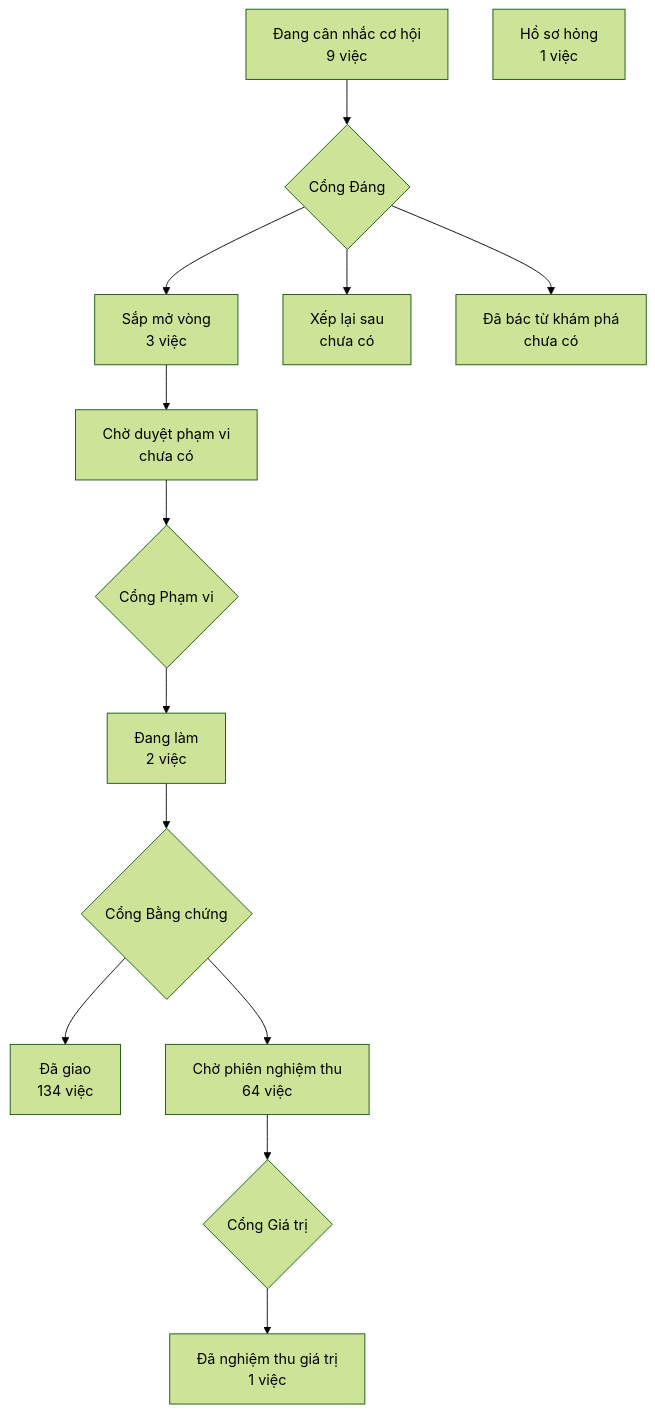
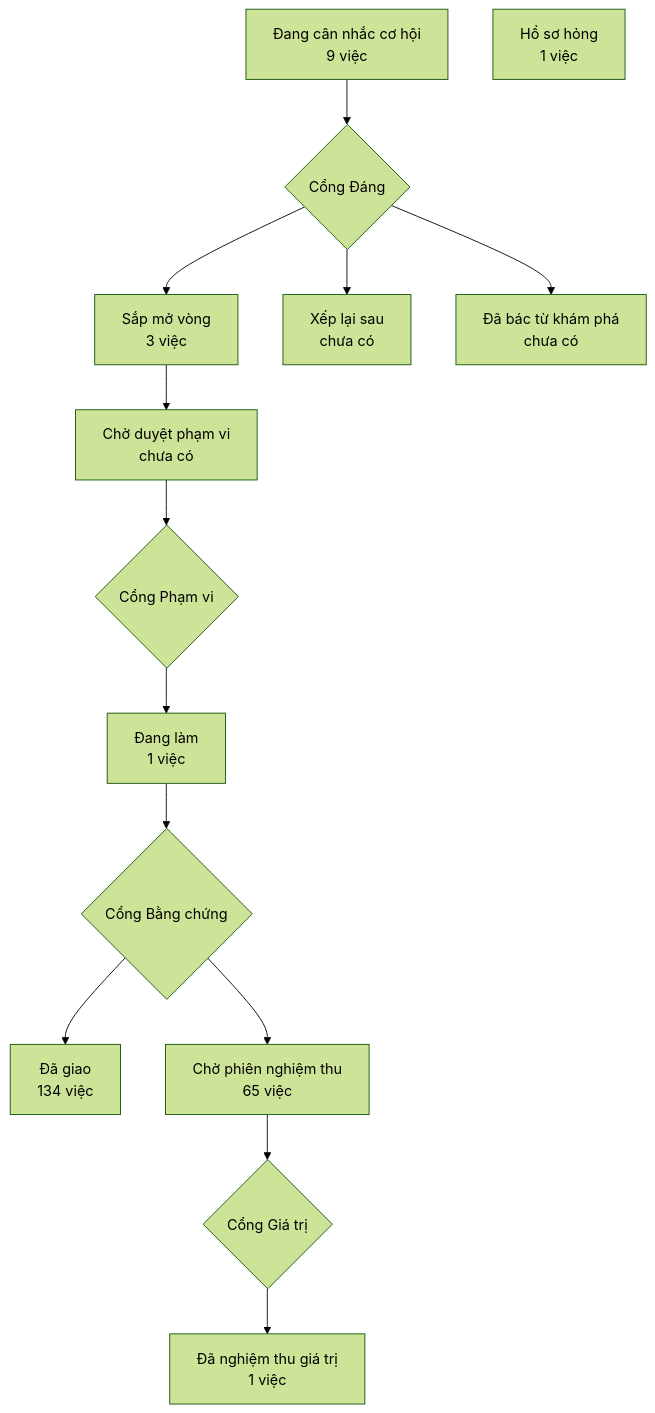
One commit to phanlemanh/crm-onehub changed the diagram in PRODUCT-MAP.md. Above: the diagram before and after it, drawn with Mermaid (forest theme). The commit also changed 4 other files, not shown here.

````diff
--- a/PRODUCT-MAP.md
+++ b/PRODUCT-MAP.md
@@ -7,13 +7,13 @@
 ```mermaid
 flowchart TD
   A["Đang cân nhắc cơ hội<br/>9 việc"] --> GD{"Cổng Đáng"}
   GD --> B["Sắp mở vòng<br/>3 việc"]
   GD --> XL["Xếp lại sau<br/>chưa có"]
   GD --> DB["Đã bác từ khám phá<br/>chưa có"]
   B --> CD["Chờ duyệt phạm vi<br/>chưa có"] --> GP{"Cổng Phạm vi"}
-  GP --> DL["Đang làm<br/>2 việc"] --> GB{"Cổng Bằng chứng"}
+  GP --> DL["Đang làm<br/>1 việc"] --> GB{"Cổng Bằng chứng"}
   GB --> DG["Đã giao<br/>134 việc"]
-  GB --> CN["Chờ phiên nghiệm thu<br/>64 việc"] --> GG{"Cổng Giá trị"}
+  GB --> CN["Chờ phiên nghiệm thu<br/>65 việc"] --> GG{"Cổng Giá trị"}
   GG --> NT["Đã nghiệm thu giá trị<br/>1 việc"]
   HS["Hồ sơ hỏng<br/>1 việc"]
 ```
````
